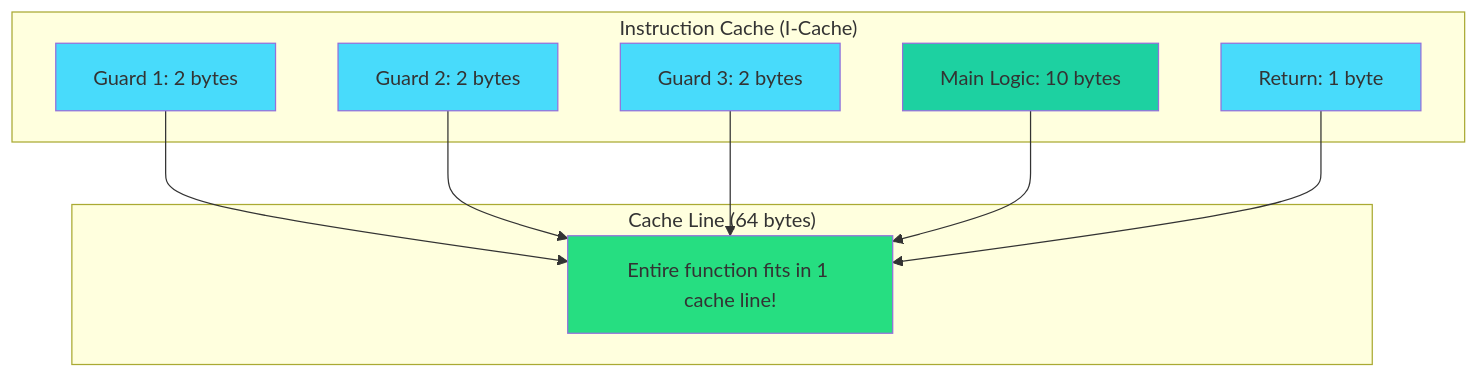
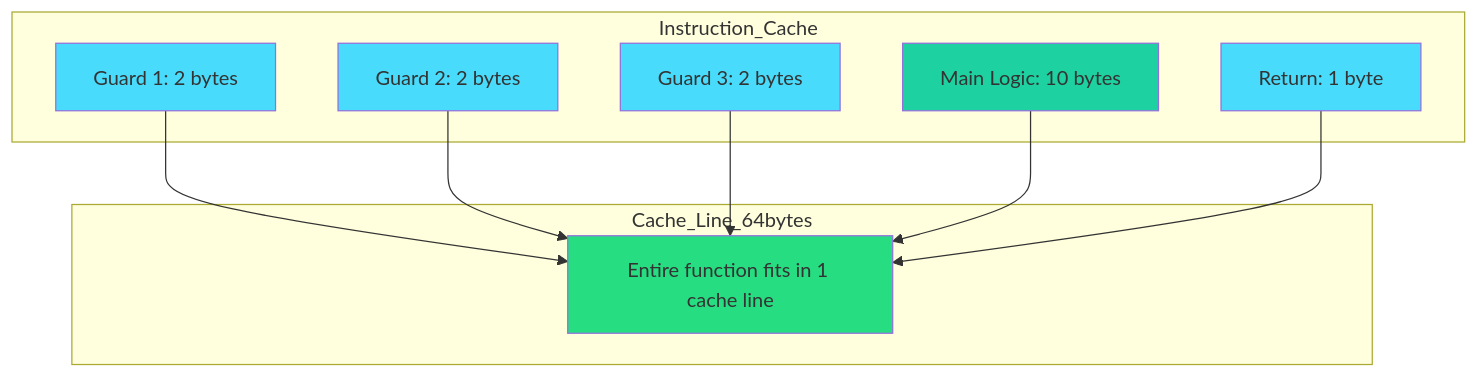
Before and after one commit to IAFahim/data-oriented-design-standards: the seventh of 8 diagrams in 02-early-exit-pattern.md, drawn with Mermaid. The commit also changed other lines of this file and 1 other file, not shown here.

````diff
--- a/02-early-exit-pattern.md
+++ b/02-early-exit-pattern.md
@@ -644,27 +646,27 @@
 ```mermaid
 graph TB
-    subgraph "Instruction Cache (I-Cache)"
+    subgraph Instruction_Cache
         IC1["Guard 1: 2 bytes"]
         IC2["Guard 2: 2 bytes"]
         IC3["Guard 3: 2 bytes"]
         IC4["Main Logic: 10 bytes"]
         IC5["Return: 1 byte"]
     end
     
-    subgraph "Cache Line (64 bytes)"
-        CL["Entire function fits in 1 cache line!"]
+    subgraph Cache_Line_64bytes
+        CL["Entire function fits in 1 cache line"]
     end
     
     IC1 --> CL
     IC2 --> CL
     IC3 --> CL
     IC4 --> CL
     IC5 --> CL
     
     style CL fill:#26de81
     style IC1 fill:#48dbfb
     style IC2 fill:#48dbfb
     style IC3 fill:#48dbfb
     style IC4 fill:#1dd1a1
     style IC5 fill:#48dbfb
 ```
````
